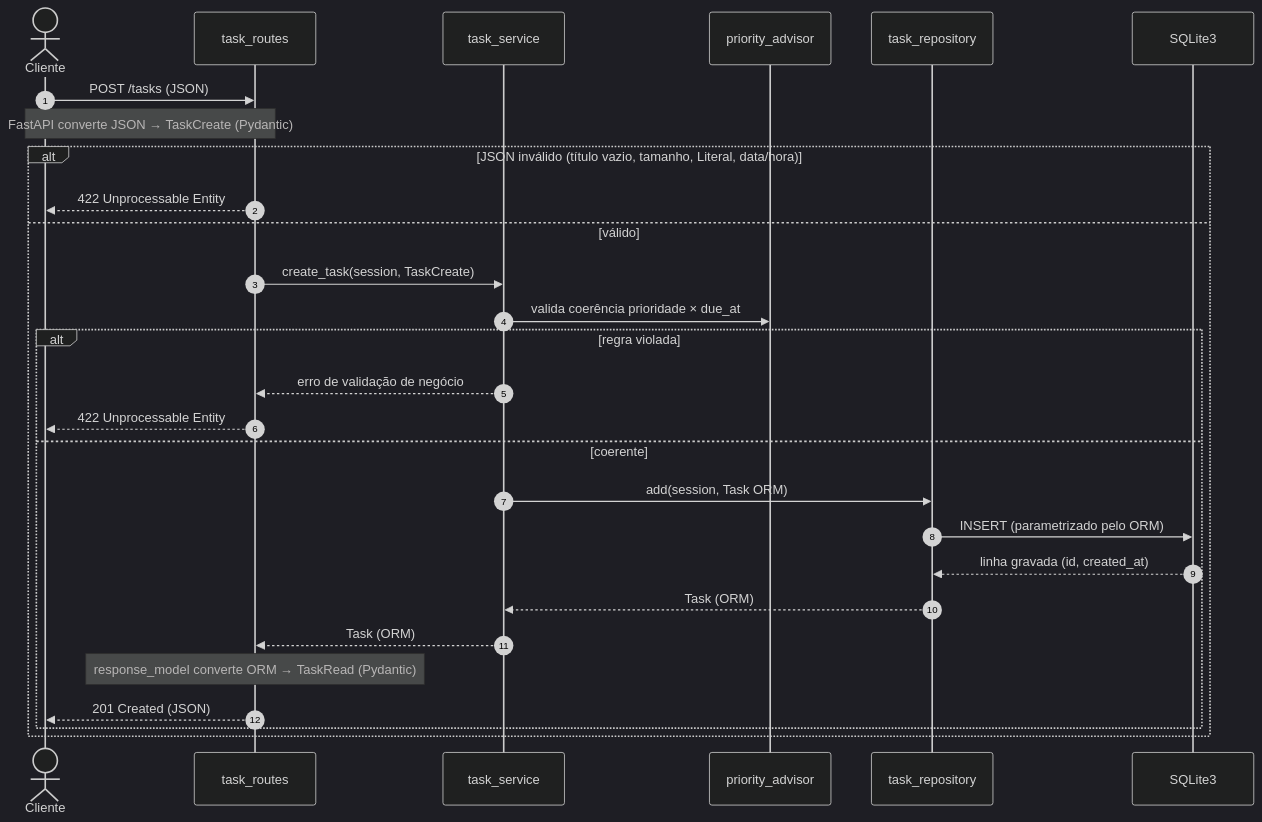
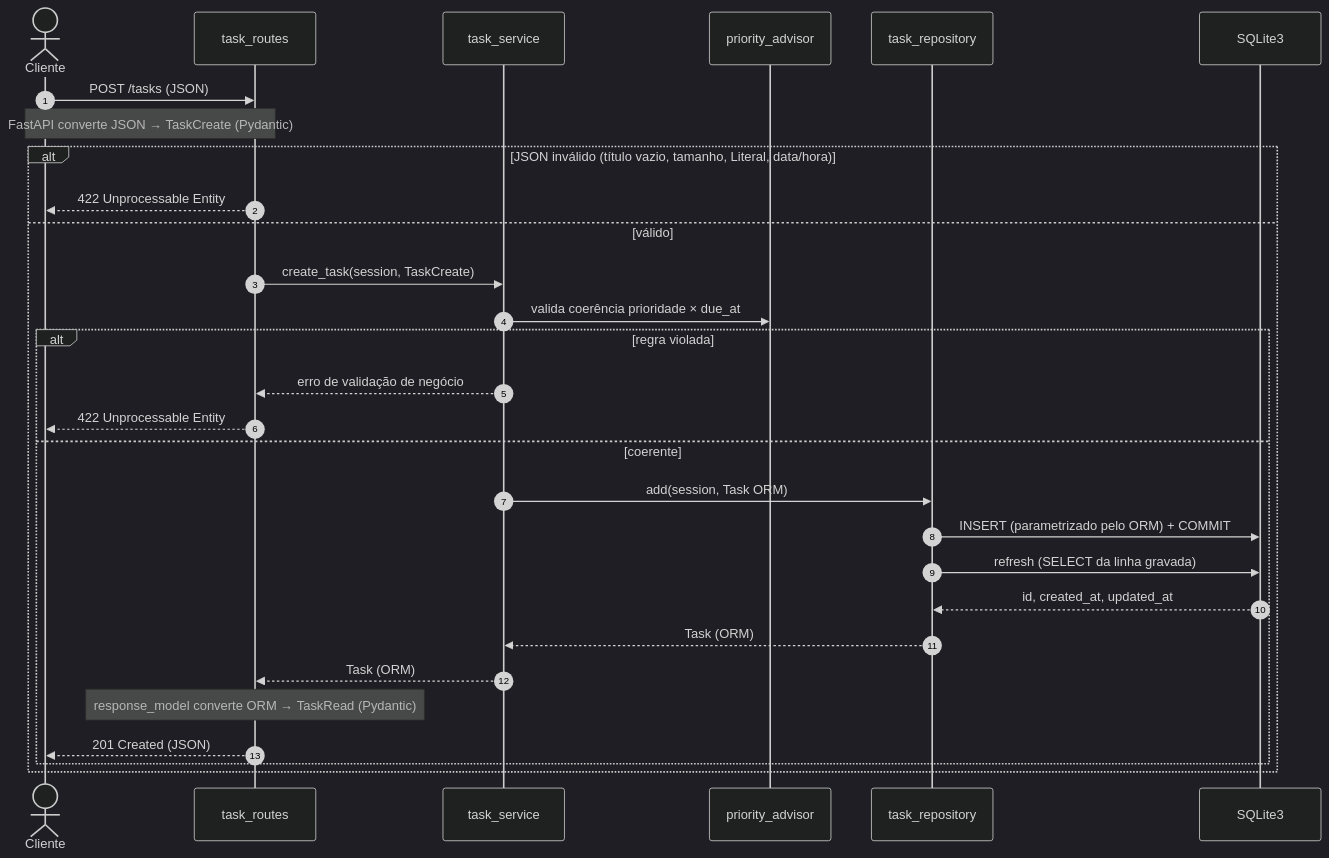
The second of 6 diagrams in docs/arquitetura.md (luisZsiqueira/laboratorio-projeto), drawn with Mermaid (dark theme) before and after one commit. The commit also changed other lines of this file and 8 other files, not shown here.

First line of the commit message:
docs: atualiza os diagramas Mermaid e adiciona o catálogo docs/mermaid.md

````diff
--- a/docs/arquitetura.md
+++ b/docs/arquitetura.md
@@ -90,31 +92,32 @@
 ```mermaid
 sequenceDiagram
     autonumber
     actor C as Cliente
     participant R as task_routes
     participant S as task_service
     participant A as priority_advisor
     participant Rep as task_repository
     participant DB as SQLite3
 
     C->>R: POST /tasks (JSON)
     Note over C,R: FastAPI converte JSON → TaskCreate (Pydantic)
     alt JSON inválido (título vazio, tamanho, Literal, data/hora)
         R-->>C: 422 Unprocessable Entity
     else válido
         R->>S: create_task(session, TaskCreate)
         S->>A: valida coerência prioridade × due_at
         alt regra violada
             S-->>R: erro de validação de negócio
             R-->>C: 422 Unprocessable Entity
         else coerente
             S->>Rep: add(session, Task ORM)
-            Rep->>DB: INSERT (parametrizado pelo ORM)
-            DB-->>Rep: linha gravada (id, created_at)
+            Rep->>DB: INSERT (parametrizado pelo ORM) + COMMIT
+            Rep->>DB: refresh (SELECT da linha gravada)
+            DB-->>Rep: id, created_at, updated_at
             Rep-->>S: Task (ORM)
             S-->>R: Task (ORM)
             Note over R: response_model converte ORM → TaskRead (Pydantic)
             R-->>C: 201 Created (JSON)
         end
     end
 ```
````
